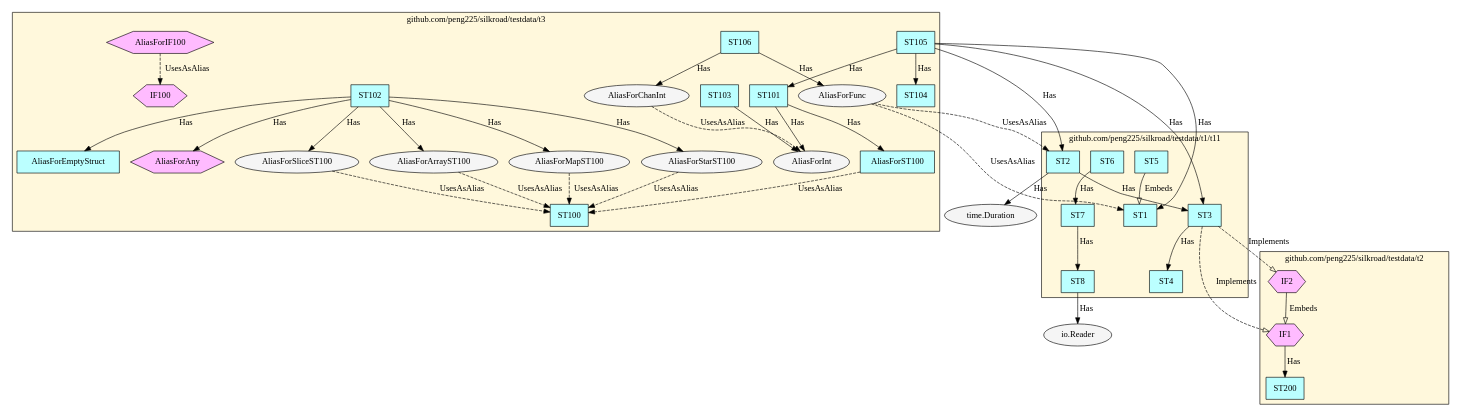
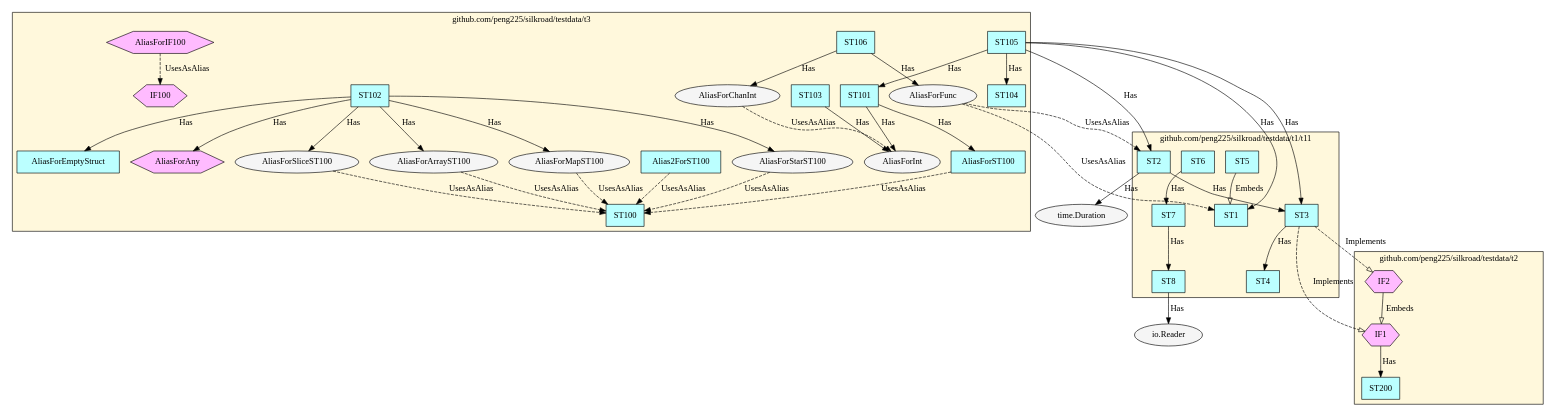
One commit to peng225/silkroad changed the diagram in test.dot. Above: the diagram before and after it, drawn with Graphviz. The commit also changed 5 other files, not shown here.

```diff
--- a/test.dot
+++ b/test.dot
@@ -1,84 +1,86 @@
 digraph G {
 node[style="filled" fillcolor="whitesmoke"]
 subgraph cluster_github_com_peng225_silkroad_testdata_t1_t11 {
   label = "github.com/peng225/silkroad/testdata/t1/t11";
   style = "solid";
   bgcolor = "cornsilk";
+  "github.com/peng225/silkroad/testdata/t1/t11.ST7" [label="ST7" shape="rect" fillcolor="paleturquoise1"];
+  "github.com/peng225/silkroad/testdata/t1/t11.ST8" [label="ST8" shape="rect" fillcolor="paleturquoise1"];
   "github.com/peng225/silkroad/testdata/t1/t11.ST1" [label="ST1" shape="rect" fillcolor="paleturquoise1"];
   "github.com/peng225/silkroad/testdata/t1/t11.ST2" [label="ST2" shape="rect" fillcolor="paleturquoise1"];
   "github.com/peng225/silkroad/testdata/t1/t11.ST3" [label="ST3" shape="rect" fillcolor="paleturquoise1"];
   "github.com/peng225/silkroad/testdata/t1/t11.ST4" [label="ST4" shape="rect" fillcolor="paleturquoise1"];
   "github.com/peng225/silkroad/testdata/t1/t11.ST5" [label="ST5" shape="rect" fillcolor="paleturquoise1"];
   "github.com/peng225/silkroad/testdata/t1/t11.ST6" [label="ST6" shape="rect" fillcolor="paleturquoise1"];
-  "github.com/peng225/silkroad/testdata/t1/t11.ST7" [label="ST7" shape="rect" fillcolor="paleturquoise1"];
-  "github.com/peng225/silkroad/testdata/t1/t11.ST8" [label="ST8" shape="rect" fillcolor="paleturquoise1"];
 }
 subgraph cluster_github_com_peng225_silkroad_testdata_t3 {
   label = "github.com/peng225/silkroad/testdata/t3";
   style = "solid";
   bgcolor = "cornsilk";
   "github.com/peng225/silkroad/testdata/t3.ST103" [label="ST103" shape="rect" fillcolor="paleturquoise1"];
   "github.com/peng225/silkroad/testdata/t3.ST105" [label="ST105" shape="rect" fillcolor="paleturquoise1"];
   "github.com/peng225/silkroad/testdata/t3.ST106" [label="ST106" shape="rect" fillcolor="paleturquoise1"];
+  "github.com/peng225/silkroad/testdata/t3.Alias2ForST100" [label="Alias2ForST100" shape="rect" fillcolor="paleturquoise1"];
+  "github.com/peng225/silkroad/testdata/t3.AliasForEmptyStruct" [label="AliasForEmptyStruct" shape="rect" fillcolor="paleturquoise1"];
+  "github.com/peng225/silkroad/testdata/t3.ST101" [label="ST101" shape="rect" fillcolor="paleturquoise1"];
+  "github.com/peng225/silkroad/testdata/t3.ST102" [label="ST102" shape="rect" fillcolor="paleturquoise1"];
+  "github.com/peng225/silkroad/testdata/t3.ST104" [label="ST104" shape="rect" fillcolor="paleturquoise1"];
   "github.com/peng225/silkroad/testdata/t3.AliasForST100" [label="AliasForST100" shape="rect" fillcolor="paleturquoise1"];
-  "github.com/peng225/silkroad/testdata/t3.AliasForEmptyStruct" [label="AliasForEmptyStruct" shape="rect" fillcolor="paleturquoise1"];
   "github.com/peng225/silkroad/testdata/t3.ST100" [label="ST100" shape="rect" fillcolor="paleturquoise1"];
-  "github.com/peng225/silkroad/testdata/t3.ST102" [label="ST102" shape="rect" fillcolor="paleturquoise1"];
-  "github.com/peng225/silkroad/testdata/t3.ST101" [label="ST101" shape="rect" fillcolor="paleturquoise1"];
-  "github.com/peng225/silkroad/testdata/t3.ST104" [label="ST104" shape="rect" fillcolor="paleturquoise1"];
   "github.com/peng225/silkroad/testdata/t3.AliasForIF100" [label="AliasForIF100" shape="hexagon" fillcolor="plum1"];
   "github.com/peng225/silkroad/testdata/t3.AliasForAny" [label="AliasForAny" shape="hexagon" fillcolor="plum1"];
   "github.com/peng225/silkroad/testdata/t3.IF100" [label="IF100" shape="hexagon" fillcolor="plum1"];
+  "github.com/peng225/silkroad/testdata/t3.AliasForStarST100" [label="AliasForStarST100" shape="ellipse" fillcolor="whitesmoke"];
+  "github.com/peng225/silkroad/testdata/t3.AliasForChanInt" [label="AliasForChanInt" shape="ellipse" fillcolor="whitesmoke"];
   "github.com/peng225/silkroad/testdata/t3.AliasForInt" [label="AliasForInt" shape="ellipse" fillcolor="whitesmoke"];
   "github.com/peng225/silkroad/testdata/t3.AliasForFunc" [label="AliasForFunc" shape="ellipse" fillcolor="whitesmoke"];
   "github.com/peng225/silkroad/testdata/t3.AliasForMapST100" [label="AliasForMapST100" shape="ellipse" fillcolor="whitesmoke"];
   "github.com/peng225/silkroad/testdata/t3.AliasForSliceST100" [label="AliasForSliceST100" shape="ellipse" fillcolor="whitesmoke"];
   "github.com/peng225/silkroad/testdata/t3.AliasForArrayST100" [label="AliasForArrayST100" shape="ellipse" fillcolor="whitesmoke"];
-  "github.com/peng225/silkroad/testdata/t3.AliasForStarST100" [label="AliasForStarST100" shape="ellipse" fillcolor="whitesmoke"];
-  "github.com/peng225/silkroad/testdata/t3.AliasForChanInt" [label="AliasForChanInt" shape="ellipse" fillcolor="whitesmoke"];
 }
 subgraph cluster_github_com_peng225_silkroad_testdata_t2 {
   label = "github.com/peng225/silkroad/testdata/t2";
   style = "solid";
   bgcolor = "cornsilk";
   "github.com/peng225/silkroad/testdata/t2.ST200" [label="ST200" shape="rect" fillcolor="paleturquoise1"];
   "github.com/peng225/silkroad/testdata/t2.IF1" [label="IF1" shape="hexagon" fillcolor="plum1"];
   "github.com/peng225/silkroad/testdata/t2.IF2" [label="IF2" shape="hexagon" fillcolor="plum1"];
 }
-"github.com/peng225/silkroad/testdata/t3.AliasForChanInt" -> "github.com/peng225/silkroad/testdata/t3.AliasForInt" [label="UsesAsAlias" arrowhead="normal" style="dashed"];
-"github.com/peng225/silkroad/testdata/t1/t11.ST5" -> "github.com/peng225/silkroad/testdata/t1/t11.ST1" [label="Embeds" arrowhead="empty" style="solid"];
-"github.com/peng225/silkroad/testdata/t3.AliasForArrayST100" -> "github.com/peng225/silkroad/testdata/t3.ST100" [label="UsesAsAlias" arrowhead="normal" style="dashed"];
+"github.com/peng225/silkroad/testdata/t3.AliasForStarST100" -> "github.com/peng225/silkroad/testdata/t3.ST100" [label="UsesAsAlias" arrowhead="normal" style="dashed"];
+"github.com/peng225/silkroad/testdata/t3.ST102" -> "github.com/peng225/silkroad/testdata/t3.AliasForMapST100" [label="Has" arrowhead="normal" style="solid"];
+"github.com/peng225/silkroad/testdata/t3.ST102" -> "github.com/peng225/silkroad/testdata/t3.AliasForAny" [label="Has" arrowhead="normal" style="solid"];
 "github.com/peng225/silkroad/testdata/t3.ST102" -> "github.com/peng225/silkroad/testdata/t3.AliasForEmptyStruct" [label="Has" arrowhead="normal" style="solid"];
 "github.com/peng225/silkroad/testdata/t3.ST102" -> "github.com/peng225/silkroad/testdata/t3.AliasForStarST100" [label="Has" arrowhead="normal" style="solid"];
 "github.com/peng225/silkroad/testdata/t3.ST102" -> "github.com/peng225/silkroad/testdata/t3.AliasForArrayST100" [label="Has" arrowhead="normal" style="solid"];
 "github.com/peng225/silkroad/testdata/t3.ST102" -> "github.com/peng225/silkroad/testdata/t3.AliasForSliceST100" [label="Has" arrowhead="normal" style="solid"];
-"github.com/peng225/silkroad/testdata/t3.ST102" -> "github.com/peng225/silkroad/testdata/t3.AliasForMapST100" [label="Has" arrowhead="normal" style="solid"];
-"github.com/peng225/silkroad/testdata/t3.ST102" -> "github.com/peng225/silkroad/testdata/t3.AliasForAny" [label="Has" arrowhead="normal" style="solid"];
+"github.com/peng225/silkroad/testdata/t3.AliasForST100" -> "github.com/peng225/silkroad/testdata/t3.ST100" [label="UsesAsAlias" arrowhead="normal" style="dashed"];
+"github.com/peng225/silkroad/testdata/t3.AliasForArrayST100" -> "github.com/peng225/silkroad/testdata/t3.ST100" [label="UsesAsAlias" arrowhead="normal" style="dashed"];
+"github.com/peng225/silkroad/testdata/t2.IF1" -> "github.com/peng225/silkroad/testdata/t2.ST200" [label="Has" arrowhead="normal" style="solid"];
+"github.com/peng225/silkroad/testdata/t1/t11.ST8" -> "io.Reader" [label="Has" arrowhead="normal" style="solid"];
+"github.com/peng225/silkroad/testdata/t3.ST101" -> "github.com/peng225/silkroad/testdata/t3.AliasForST100" [label="Has" arrowhead="normal" style="solid"];
+"github.com/peng225/silkroad/testdata/t3.ST101" -> "github.com/peng225/silkroad/testdata/t3.AliasForInt" [label="Has" arrowhead="normal" style="solid"];
+"github.com/peng225/silkroad/testdata/t1/t11.ST6" -> "github.com/peng225/silkroad/testdata/t1/t11.ST7" [label="Has" arrowhead="normal" style="solid"];
+"github.com/peng225/silkroad/testdata/t3.Alias2ForST100" -> "github.com/peng225/silkroad/testdata/t3.ST100" [label="UsesAsAlias" arrowhead="normal" style="dashed"];
 "github.com/peng225/silkroad/testdata/t1/t11.ST7" -> "github.com/peng225/silkroad/testdata/t1/t11.ST8" [label="Has" arrowhead="normal" style="solid"];
-"github.com/peng225/silkroad/testdata/t3.AliasForIF100" -> "github.com/peng225/silkroad/testdata/t3.IF100" [label="UsesAsAlias" arrowhead="normal" style="dashed"];
-"github.com/peng225/silkroad/testdata/t2.IF1" -> "github.com/peng225/silkroad/testdata/t2.ST200" [label="Has" arrowhead="normal" style="solid"];
+"github.com/peng225/silkroad/testdata/t3.AliasForSliceST100" -> "github.com/peng225/silkroad/testdata/t3.ST100" [label="UsesAsAlias" arrowhead="normal" style="dashed"];
+"github.com/peng225/silkroad/testdata/t1/t11.ST3" -> "github.com/peng225/silkroad/testdata/t1/t11.ST4" [label="Has" arrowhead="normal" style="solid"];
+"github.com/peng225/silkroad/testdata/t1/t11.ST3" -> "github.com/peng225/silkroad/testdata/t2.IF2" [label="Implements" arrowhead="empty" style="dashed"];
+"github.com/peng225/silkroad/testdata/t1/t11.ST3" -> "github.com/peng225/silkroad/testdata/t2.IF1" [label="Implements" arrowhead="empty" style="dashed"];
+"github.com/peng225/silkroad/testdata/t3.ST103" -> "github.com/peng225/silkroad/testdata/t3.AliasForInt" [label="Has" arrowhead="normal" style="solid"];
+"github.com/peng225/silkroad/testdata/t3.AliasForChanInt" -> "github.com/peng225/silkroad/testdata/t3.AliasForInt" [label="UsesAsAlias" arrowhead="normal" style="dashed"];
+"github.com/peng225/silkroad/testdata/t1/t11.ST5" -> "github.com/peng225/silkroad/testdata/t1/t11.ST1" [label="Embeds" arrowhead="empty" style="solid"];
 "github.com/peng225/silkroad/testdata/t3.AliasForFunc" -> "github.com/peng225/silkroad/testdata/t1/t11.ST1" [label="UsesAsAlias" arrowhead="normal" style="dashed"];
 "github.com/peng225/silkroad/testdata/t3.AliasForFunc" -> "github.com/peng225/silkroad/testdata/t1/t11.ST2" [label="UsesAsAlias" arrowhead="normal" style="dashed"];
-"github.com/peng225/silkroad/testdata/t1/t11.ST6" -> "github.com/peng225/silkroad/testdata/t1/t11.ST7" [label="Has" arrowhead="normal" style="solid"];
-"github.com/peng225/silkroad/testdata/t3.ST101" -> "github.com/peng225/silkroad/testdata/t3.AliasForST100" [label="Has" arrowhead="normal" style="solid"];
-"github.com/peng225/silkroad/testdata/t3.ST101" -> "github.com/peng225/silkroad/testdata/t3.AliasForInt" [label="Has" arrowhead="normal" style="solid"];
-"github.com/peng225/silkroad/testdata/t1/t11.ST8" -> "io.Reader" [label="Has" arrowhead="normal" style="solid"];
-"github.com/peng225/silkroad/testdata/t3.ST106" -> "github.com/peng225/silkroad/testdata/t3.AliasForFunc" [label="Has" arrowhead="normal" style="solid"];
-"github.com/peng225/silkroad/testdata/t3.ST106" -> "github.com/peng225/silkroad/testdata/t3.AliasForChanInt" [label="Has" arrowhead="normal" style="solid"];
-"github.com/peng225/silkroad/testdata/t3.AliasForSliceST100" -> "github.com/peng225/silkroad/testdata/t3.ST100" [label="UsesAsAlias" arrowhead="normal" style="dashed"];
+"github.com/peng225/silkroad/testdata/t3.AliasForIF100" -> "github.com/peng225/silkroad/testdata/t3.IF100" [label="UsesAsAlias" arrowhead="normal" style="dashed"];
 "github.com/peng225/silkroad/testdata/t3.AliasForMapST100" -> "github.com/peng225/silkroad/testdata/t3.ST100" [label="UsesAsAlias" arrowhead="normal" style="dashed"];
 "github.com/peng225/silkroad/testdata/t1/t11.ST2" -> "github.com/peng225/silkroad/testdata/t1/t11.ST3" [label="Has" arrowhead="normal" style="solid"];
 "github.com/peng225/silkroad/testdata/t1/t11.ST2" -> "time.Duration" [label="Has" arrowhead="normal" style="solid"];
-"github.com/peng225/silkroad/testdata/t3.ST103" -> "github.com/peng225/silkroad/testdata/t3.AliasForInt" [label="Has" arrowhead="normal" style="solid"];
 "github.com/peng225/silkroad/testdata/t3.ST105" -> "github.com/peng225/silkroad/testdata/t3.ST101" [label="Has" arrowhead="normal" style="solid"];
 "github.com/peng225/silkroad/testdata/t3.ST105" -> "github.com/peng225/silkroad/testdata/t3.ST104" [label="Has" arrowhead="normal" style="solid"];
 "github.com/peng225/silkroad/testdata/t3.ST105" -> "github.com/peng225/silkroad/testdata/t1/t11.ST1" [label="Has" arrowhead="normal" style="solid"];
 "github.com/peng225/silkroad/testdata/t3.ST105" -> "github.com/peng225/silkroad/testdata/t1/t11.ST2" [label="Has" arrowhead="normal" style="solid"];
 "github.com/peng225/silkroad/testdata/t3.ST105" -> "github.com/peng225/silkroad/testdata/t1/t11.ST3" [label="Has" arrowhead="normal" style="solid"];
-"github.com/peng225/silkroad/testdata/t1/t11.ST3" -> "github.com/peng225/silkroad/testdata/t1/t11.ST4" [label="Has" arrowhead="normal" style="solid"];
-"github.com/peng225/silkroad/testdata/t1/t11.ST3" -> "github.com/peng225/silkroad/testdata/t2.IF2" [label="Implements" arrowhead="empty" style="dashed"];
-"github.com/peng225/silkroad/testdata/t1/t11.ST3" -> "github.com/peng225/silkroad/testdata/t2.IF1" [label="Implements" arrowhead="empty" style="dashed"];
-"github.com/peng225/silkroad/testdata/t3.AliasForStarST100" -> "github.com/peng225/silkroad/testdata/t3.ST100" [label="UsesAsAlias" arrowhead="normal" style="dashed"];
+"github.com/peng225/silkroad/testdata/t3.ST106" -> "github.com/peng225/silkroad/testdata/t3.AliasForFunc" [label="Has" arrowhead="normal" style="solid"];
+"github.com/peng225/silkroad/testdata/t3.ST106" -> "github.com/peng225/silkroad/testdata/t3.AliasForChanInt" [label="Has" arrowhead="normal" style="solid"];
 "github.com/peng225/silkroad/testdata/t2.IF2" -> "github.com/peng225/silkroad/testdata/t2.IF1" [label="Embeds" arrowhead="empty" style="solid"];
-"github.com/peng225/silkroad/testdata/t3.AliasForST100" -> "github.com/peng225/silkroad/testdata/t3.ST100" [label="UsesAsAlias" arrowhead="normal" style="dashed"];
 }
```
